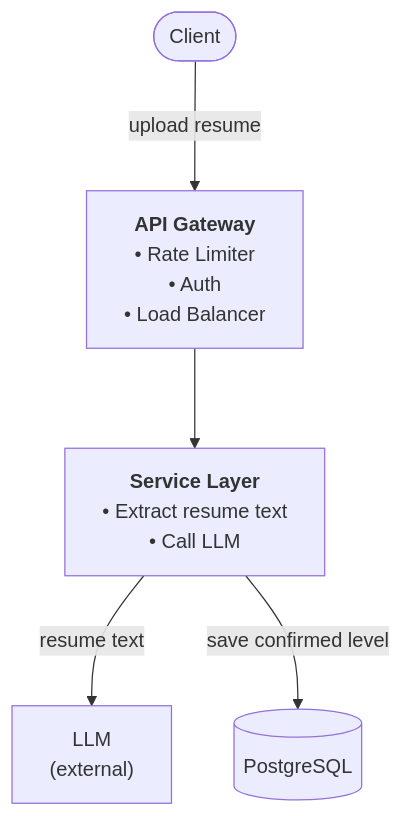
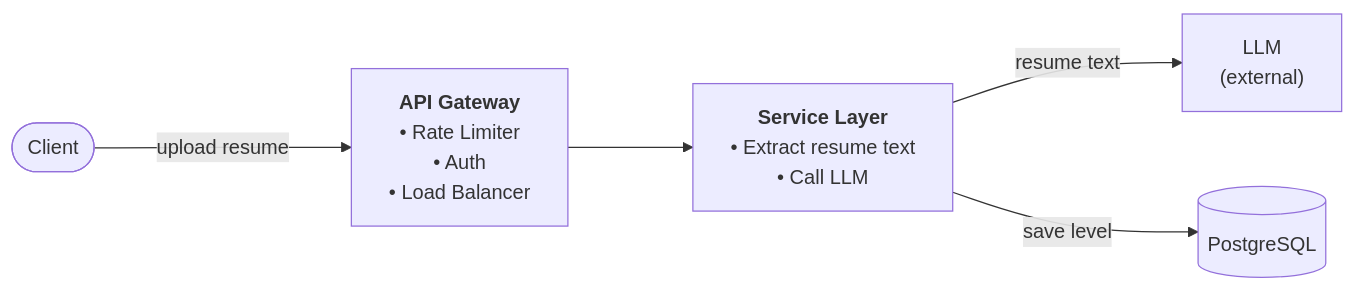
One commit to shivam-tamboli/GrillMyProject changed the second of 4 diagrams in SYSTEM_DESIGN.md. Above: the diagram before and after it, drawn with Mermaid. The commit also changed other lines of this file, not shown here.

Commit message:
fix all diagrams — LR direction, one way flow, clean spacing

````diff
--- a/SYSTEM_DESIGN.md
+++ b/SYSTEM_DESIGN.md
@@ -330,14 +330,14 @@
 ```mermaid
-%%{init: {'flowchart': {'nodeSpacing': 50, 'rankSpacing': 80}}}%%
-flowchart TD
+%%{init: {'flowchart': {'nodeSpacing': 60, 'rankSpacing': 100}}}%%
+flowchart LR
     Client([Client])
     GW["<b>API Gateway</b><br/>• Rate Limiter<br/>• Auth<br/>• Load Balancer"]
     SVC["<b>Service Layer</b><br/>• Extract resume text<br/>• Call LLM"]
     LLM["LLM<br/>(external)"]
     PG[(PostgreSQL)]
 
     Client -->|"upload resume"| GW
     GW --> SVC
     SVC -->|"resume text"| LLM
-    SVC -->|"save confirmed level"| PG
+    SVC -->|"save level"| PG
 ```
````
